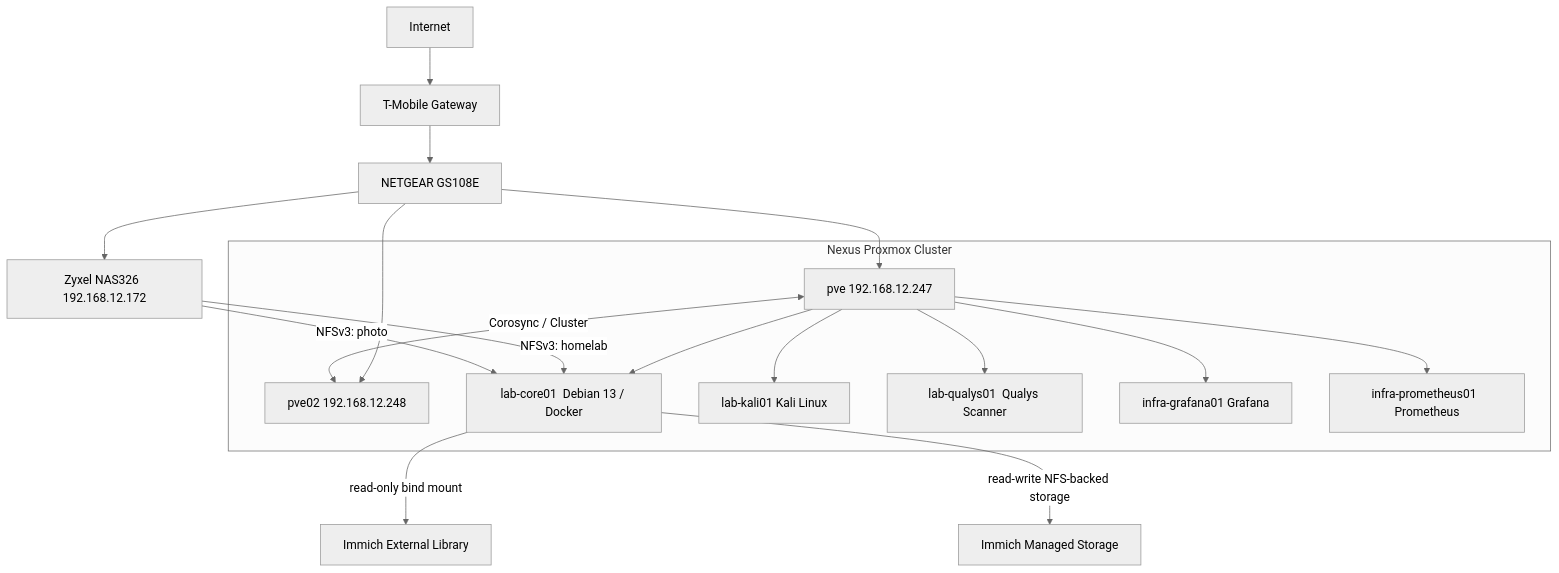
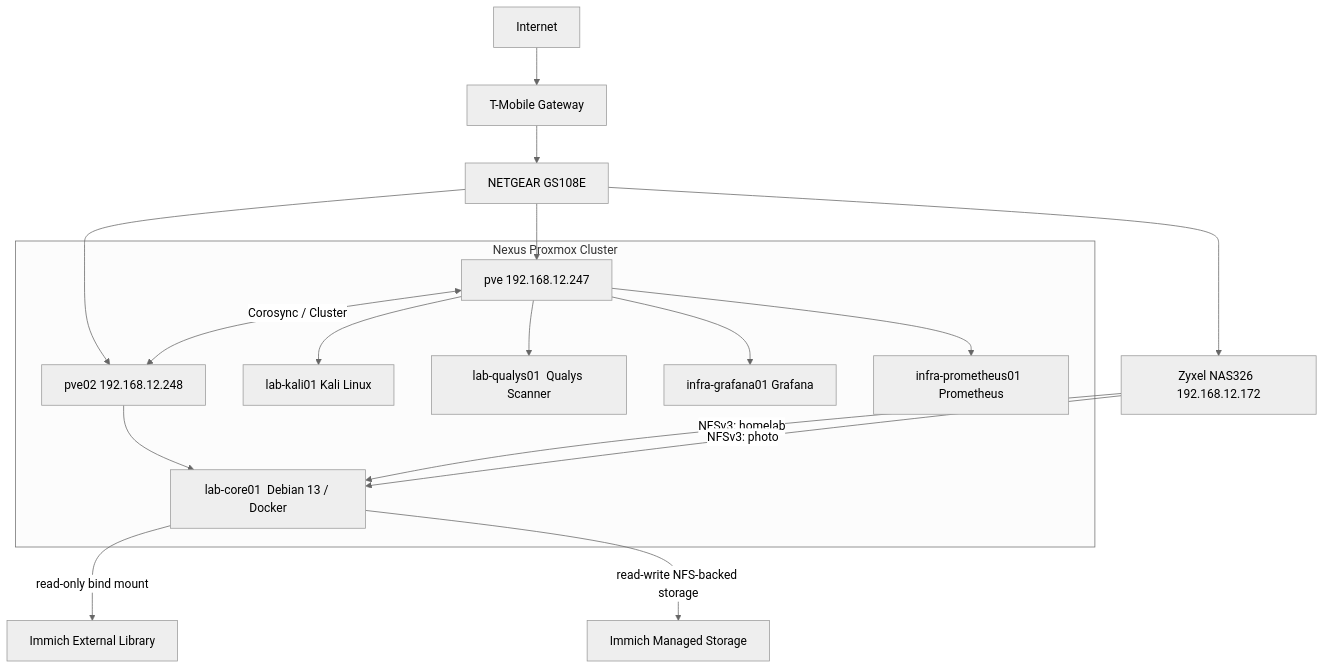
The first of 3 diagrams in docs/architecture.md (Tearstone/tearstone-homelab), drawn with Mermaid (neutral theme) before and after one commit. The commit also changed other lines of this file, not shown here.

Commit message:
Update architecture and workload placement results

````diff
--- a/docs/architecture.md
+++ b/docs/architecture.md
@@ -5,30 +5,30 @@
 ```mermaid
 graph TD
     Internet --> Router["T-Mobile Gateway"]
     Router --> Switch["NETGEAR GS108E"]
 
     Switch --> PVE["pve 192.168.12.247"]
     Switch --> PVE02["pve02 192.168.12.248"]
     Switch --> NAS["Zyxel NAS326  192.168.12.172"]
 
     subgraph "Nexus Proxmox Cluster"
         PVE <-->|Corosync / Cluster| PVE02
 
         Core["lab-core01  Debian 13 / Docker"]
         Kali["lab-kali01  Kali Linux"]
         Qualys["lab-qualys01  Qualys Scanner"]
         Grafana["infra-grafana01  Grafana"]
         Prometheus["infra-prometheus01  Prometheus"]
     end
 
-    PVE --> Core
+    PVE02 --> Core
     PVE --> Kali
     PVE --> Qualys
     PVE --> Grafana
     PVE --> Prometheus
 
     NAS -->|"NFSv3: homelab"| Core
     NAS -->|"NFSv3: photo"| Core
     Core -->|"read-only bind mount"| External["Immich External Library"]
     Core -->|"read-write NFS-backed storage"| Immich["Immich Managed Storage"]
 ```
````
